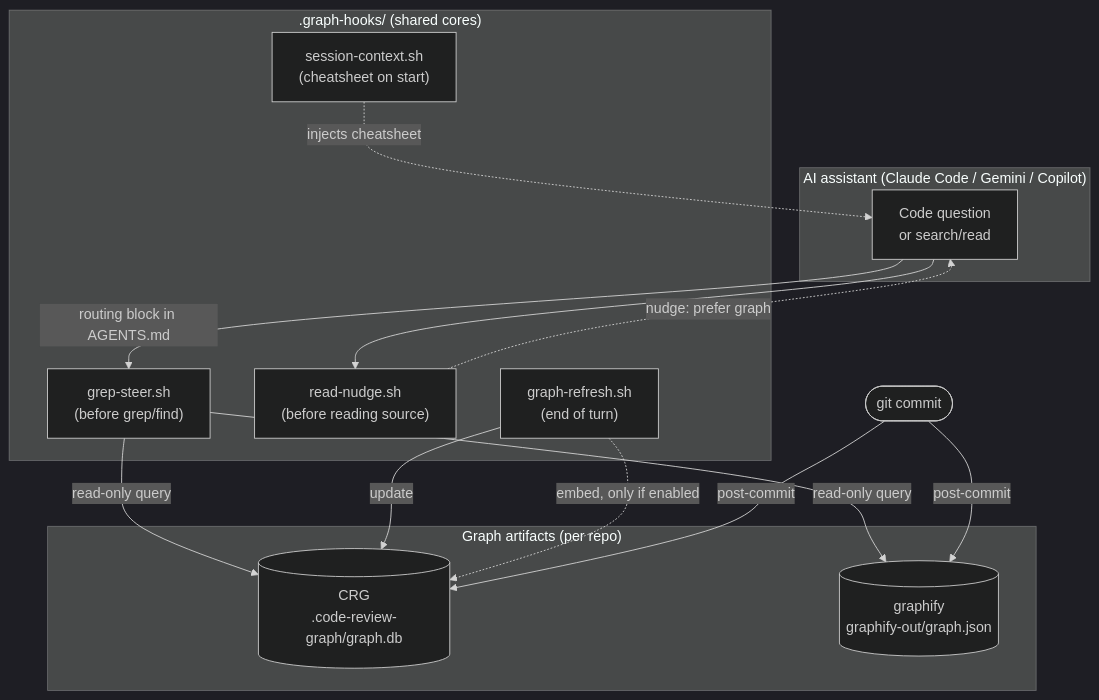
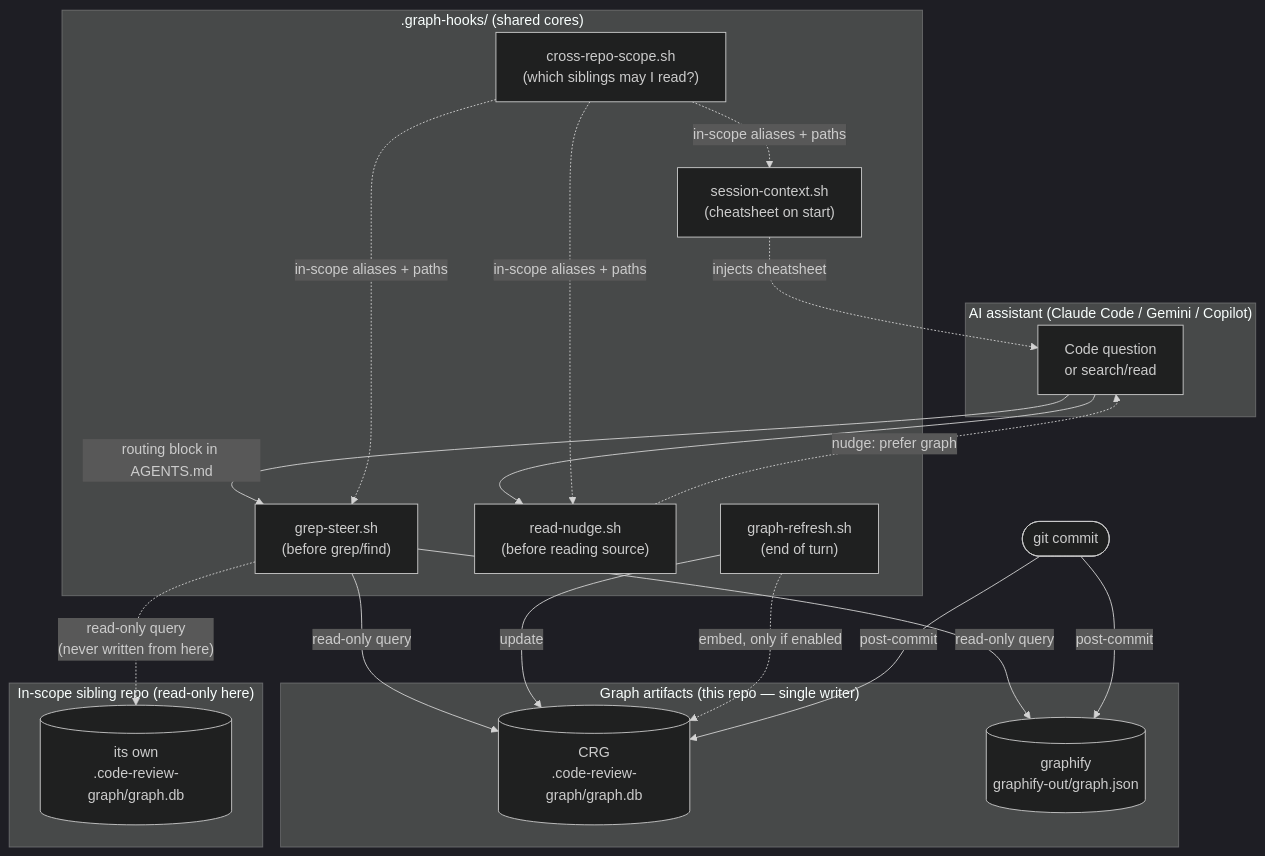
Before and after one commit to xyzxyz442/x442-skills: the first of 8 diagrams in docs/graph-tools-during-development.md, drawn with Mermaid (dark theme). The commit also changed other lines of this file and 1 other file, not shown here.

First line of the commit message:
docs(docs): document the sibling tier in the grep-steer ladder

````diff
--- a/docs/graph-tools-during-development.md
+++ b/docs/graph-tools-during-development.md
@@ -35,30 +35,39 @@
 ```mermaid
 flowchart TD
     subgraph agent["AI assistant (Claude Code / Gemini / Copilot)"]
         Q["Code question<br/>or search/read"]
     end
 
     subgraph hooks[".graph-hooks/ (shared cores)"]
         SC["session-context.sh<br/>(cheatsheet on start)"]
         GS["grep-steer.sh<br/>(before grep/find)"]
         RN["read-nudge.sh<br/>(before reading source)"]
         GR["graph-refresh.sh<br/>(end of turn)"]
+        XS["cross-repo-scope.sh<br/>(which siblings may I read?)"]
     end
 
-    subgraph artifacts["Graph artifacts (per repo)"]
+    subgraph artifacts["Graph artifacts (this repo — single writer)"]
         CRG[("CRG<br/>.code-review-graph/graph.db")]
         GFY[("graphify<br/>graphify-out/graph.json")]
+    end
+
+    subgraph sibling["In-scope sibling repo (read-only here)"]
+        SIB[("its own<br/>.code-review-graph/graph.db")]
     end
 
     Q -->|"routing block in AGENTS.md"| GS
     Q --> RN
     SC -.->|injects cheatsheet| Q
     GS -->|read-only query| CRG
     GS -->|read-only query| GFY
+    XS -.->|"in-scope aliases + paths"| GS
+    XS -.->|"in-scope aliases + paths"| RN
+    XS -.->|"in-scope aliases + paths"| SC
+    GS -.->|"read-only query<br/>(never written from here)"| SIB
     RN -.->|nudge: prefer graph| Q
 
     GR -->|update| CRG
     GR -.->|embed, only if enabled| CRG
     commit(["git commit"]) -->|post-commit| CRG
     commit -->|post-commit| GFY
 ```
````
